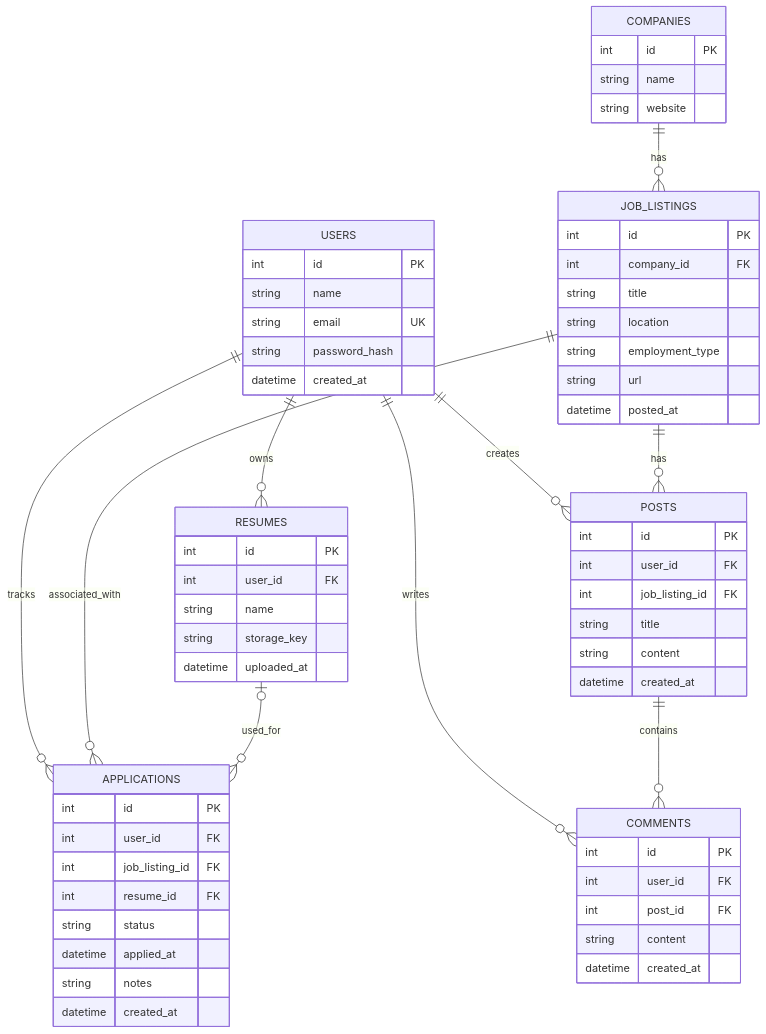
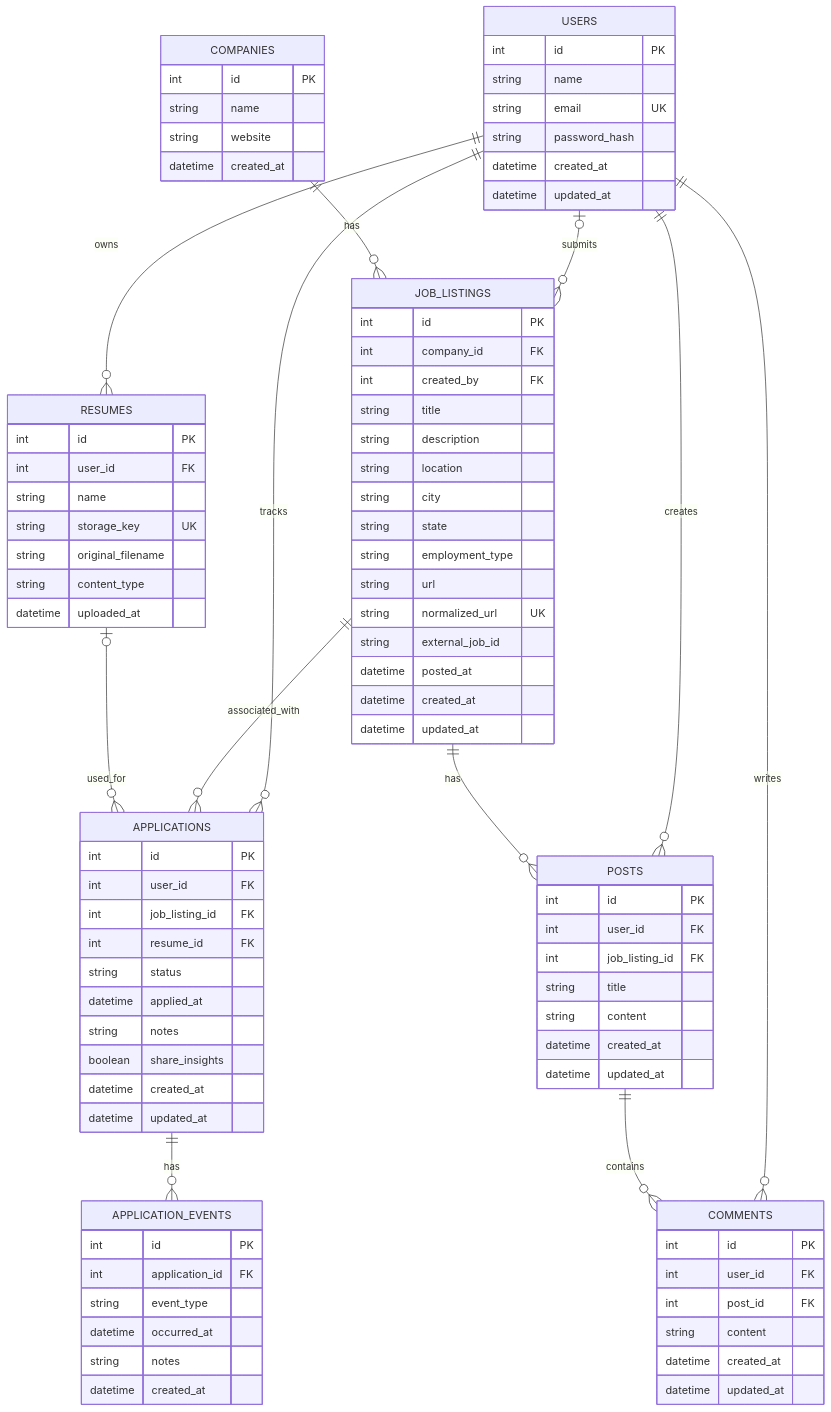
The diagram in docs/architecture/erd.md (sophiazhu02/itsc3155-final-project), drawn with Mermaid before and after one commit. The commit also changed other lines of this file, not shown here.

Commit message:
docs: finalize database ERD

````diff
--- a/docs/architecture/erd.md
+++ b/docs/architecture/erd.md
@@ -11,22 +11,32 @@
         string email UK
         string password_hash
         datetime created_at
+        datetime updated_at
     }
 
     COMPANIES {
         int id PK
         string name
         string website
+        datetime created_at
     }
 
     JOB_LISTINGS {
         int id PK
         int company_id FK
+        int created_by FK
         string title
+        string description
         string location
+        string city
+        string state
         string employment_type
         string url
+        string normalized_url UK
+        string external_job_id
         datetime posted_at
+        datetime created_at
+        datetime updated_at
     }
 
     APPLICATIONS {
@@ -37,6 +47,17 @@
         string status
         datetime applied_at
         string notes
+        boolean share_insights
+        datetime created_at
+        datetime updated_at
+    }
+
+    APPLICATION_EVENTS {
+        int id PK
+        int application_id FK
+        string event_type
+        datetime occurred_at
+        string notes
         datetime created_at
     }
 
@@ -44,7 +65,9 @@
         int id PK
         int user_id FK
         string name
-        string storage_key
+        string storage_key UK
+        string original_filename
+        string content_type
         datetime uploaded_at
     }
 
@@ -55,6 +78,7 @@
         string title
         string content
         datetime created_at
+        datetime updated_at
     }
 
     COMMENTS {
@@ -63,17 +87,23 @@
         int post_id FK
         string content
         datetime created_at
+        datetime updated_at
     }
 
+    USERS o|--o{ JOB_LISTINGS : submits
     USERS ||--o{ APPLICATIONS : tracks
     USERS ||--o{ RESUMES : owns
     USERS ||--o{ POSTS : creates
     USERS ||--o{ COMMENTS : writes
 
     COMPANIES ||--o{ JOB_LISTINGS : has
+
     JOB_LISTINGS ||--o{ APPLICATIONS : associated_with
     JOB_LISTINGS ||--o{ POSTS : has
 
     RESUMES o|--o{ APPLICATIONS : used_for
+
+    APPLICATIONS ||--o{ APPLICATION_EVENTS : has
+
     POSTS ||--o{ COMMENTS : contains
 ```
````
